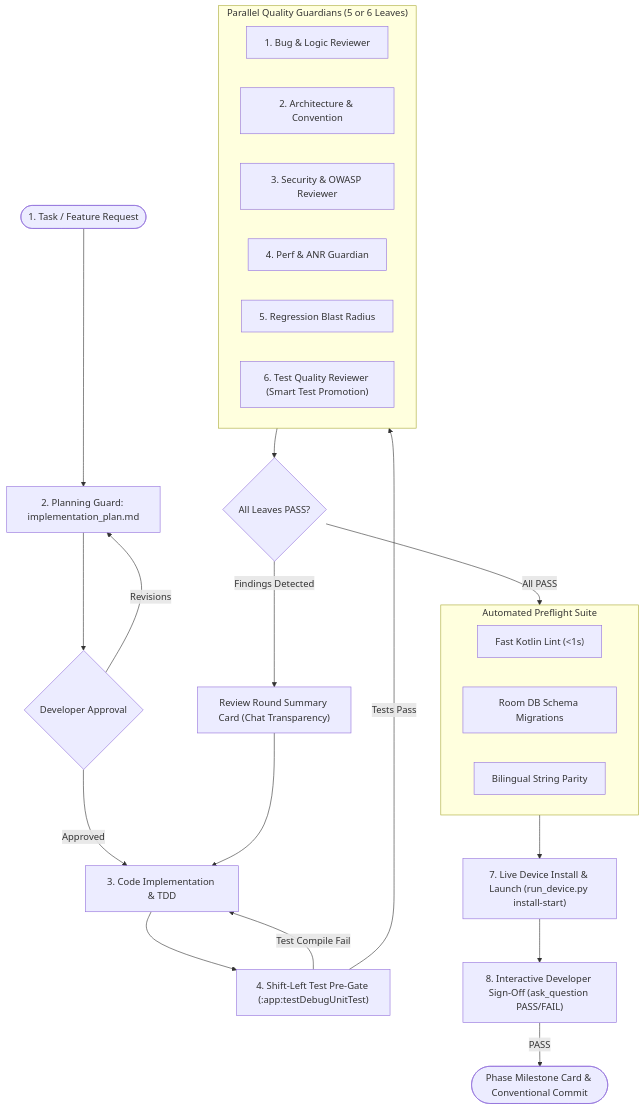
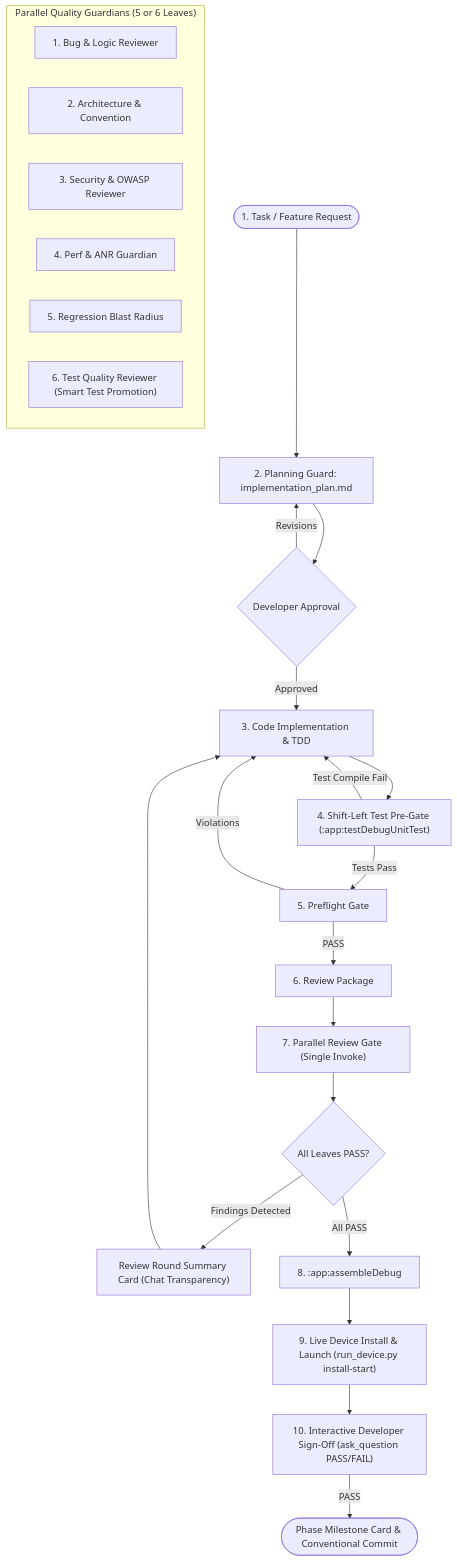
Before and after one commit to rabee-elkholy/android-agent-harness: the second of 2 diagrams in docs/architecture.md, drawn with Mermaid. The commit also changed other lines of this file and 11 other files, not shown here.

````diff
--- a/docs/architecture.md
+++ b/docs/architecture.md
@@ -61,35 +63,31 @@
 ```mermaid
 flowchart TD
     Start(["1. Task / Feature Request"]) --> Plan["2. Planning Guard: implementation_plan.md"]
     Plan --> Approval{"Developer Approval"}
     Approval -- Revisions --> Plan
     Approval -- Approved --> Code["3. Code Implementation & TDD"]
 
     Code --> PreTest["4. Shift-Left Test Pre-Gate (:app:testDebugUnitTest)"]
     PreTest -- Test Compile Fail --> Code
-    PreTest -- Tests Pass --> ReviewGate["5. Parallel Review Gate (Single Invoke)"]
+    PreTest -- Tests Pass --> Preflight["5. Preflight Gate"]
+    Preflight -- Violations --> Code
+    Preflight -- PASS --> ReviewPackage["6. Review Package"]
+    ReviewPackage --> ReviewGate["7. Parallel Review Gate (Single Invoke)"]
     
-    subgraph ReviewGate ["Parallel Quality Guardians (5 or 6 Leaves)"]
+    subgraph Guardians ["Parallel Quality Guardians (5 or 6 Leaves)"]
         R1["1. Bug & Logic Reviewer"]
         R2["2. Architecture & Convention"]
         R3["3. Security & OWASP Reviewer"]
         R4["4. Perf & ANR Guardian"]
         R5["5. Regression Blast Radius"]
         R6["6. Test Quality Reviewer (Smart Test Promotion)"]
     end
 
     ReviewGate --> Verdict{"All Leaves PASS?"}
     Verdict -- Findings Detected --> Card["Review Round Summary Card (Chat Transparency)"]
     Card --> Code
-    Verdict -- All PASS --> Preflight["6. Preflight Gate & :app:assembleDebug"]
-
-    subgraph Preflight ["Automated Preflight Suite"]
-        P1["Fast Kotlin Lint (<1s)"]
-        P2["Room DB Schema Migrations"]
-        P3["Bilingual String Parity"]
-    end
-
-    Preflight --> Device["7. Live Device Install & Launch (run_device.py install-start)"]
-    Device --> ManualModal["8. Interactive Developer Sign-Off (ask_question PASS/FAIL)"]
+    Verdict -- All PASS --> Assemble["8. :app:assembleDebug"]
+    Assemble --> Device["9. Live Device Install & Launch (run_device.py install-start)"]
+    Device --> ManualModal["10. Interactive Developer Sign-Off (ask_question PASS/FAIL)"]
     ManualModal -- PASS --> NextPhase(["Phase Milestone Card & Conventional Commit"])
 ```
````
